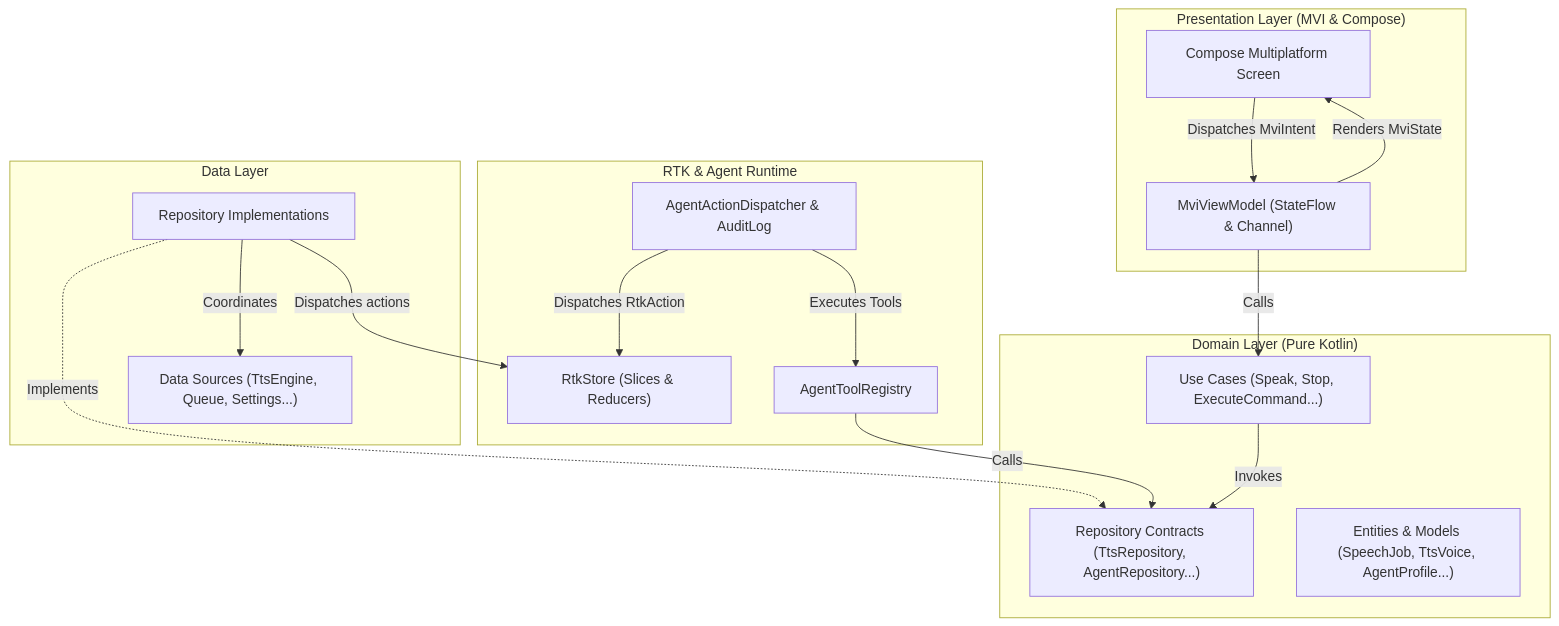
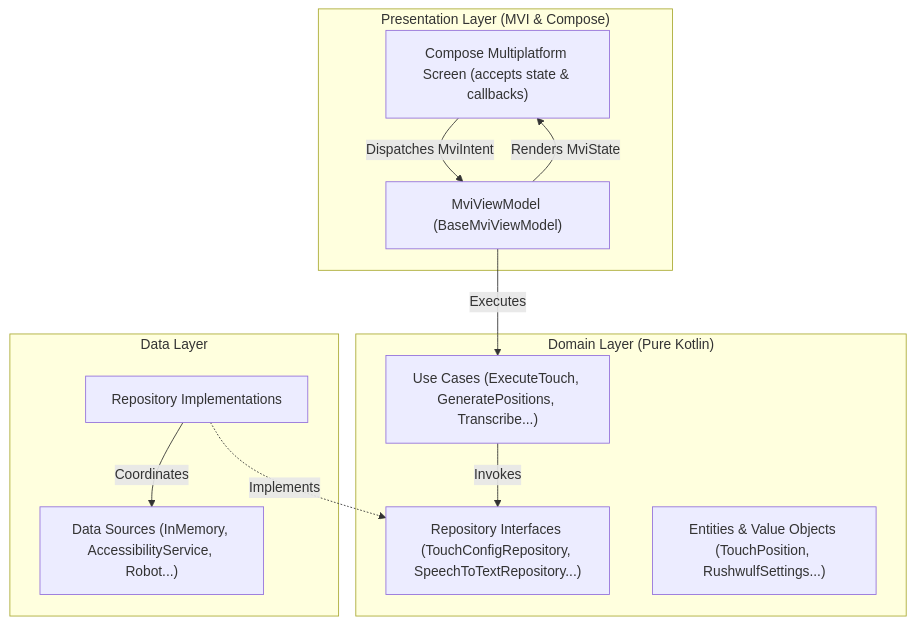
The first of 2 diagrams in README.md (miladhashemzadeh/TTSAIController), drawn with Mermaid before and after one commit. The commit also changed other lines of this file and 61 other files, not shown here.

Commit message:
feat: implement clean architecture, MVI with state hoisting, touch automation, STT AI stubs, and 100% test coverage

````diff
--- a/README.md
+++ b/README.md
@@ -29,35 +40,25 @@
 ```mermaid
 flowchart TD
     subgraph UI ["Presentation Layer (MVI & Compose)"]
-        ComposableScreen["Compose Multiplatform Screen"]
-        MviViewModel["MviViewModel (StateFlow & Channel)"]
-    end
-
-    subgraph CoreRTK ["RTK & Agent Runtime"]
-        RtkStore["RtkStore (Slices & Reducers)"]
-        AgentDispatcher["AgentActionDispatcher & AuditLog"]
-        ToolRegistry["AgentToolRegistry"]
+        ComposableScreen["Compose Multiplatform Screen (accepts state & callbacks)"]
+        MviViewModel["MviViewModel (BaseMviViewModel)"]
     end
 
     subgraph Domain ["Domain Layer (Pure Kotlin)"]
-        UseCases["Use Cases (Speak, Stop, ExecuteCommand...)"]
-        RepoInterfaces["Repository Contracts (TtsRepository, AgentRepository...)"]
-        DomainModels["Entities & Models (SpeechJob, TtsVoice, AgentProfile...)"]
+        UseCases["Use Cases (ExecuteTouch, GeneratePositions, Transcribe...)"]
+        RepoInterfaces["Repository Interfaces (TouchConfigRepository, SpeechToTextRepository...)"]
+        DomainModels["Entities & Value Objects (TouchPosition, RushwulfSettings...)"]
     end
 
     subgraph Data ["Data Layer"]
         RepoImpl["Repository Implementations"]
-        DataSources["Data Sources (TtsEngine, Queue, Settings...)"]
+        DataSources["Data Sources (InMemory, AccessibilityService, Robot...)"]
     end
 
     ComposableScreen -->|"Dispatches MviIntent"| MviViewModel
     MviViewModel -->|"Renders MviState"| ComposableScreen
-    MviViewModel -->|"Calls"| UseCases
-    AgentDispatcher -->|"Dispatches RtkAction"| RtkStore
-    AgentDispatcher -->|"Executes Tools"| ToolRegistry
-    ToolRegistry -->|"Calls"| RepoInterfaces
+    MviViewModel -->|"Executes"| UseCases
     UseCases -->|"Invokes"| RepoInterfaces
     RepoImpl -.->|"Implements"| RepoInterfaces
     RepoImpl -->|"Coordinates"| DataSources
-    RepoImpl -->|"Dispatches actions"| RtkStore
 ```
````
